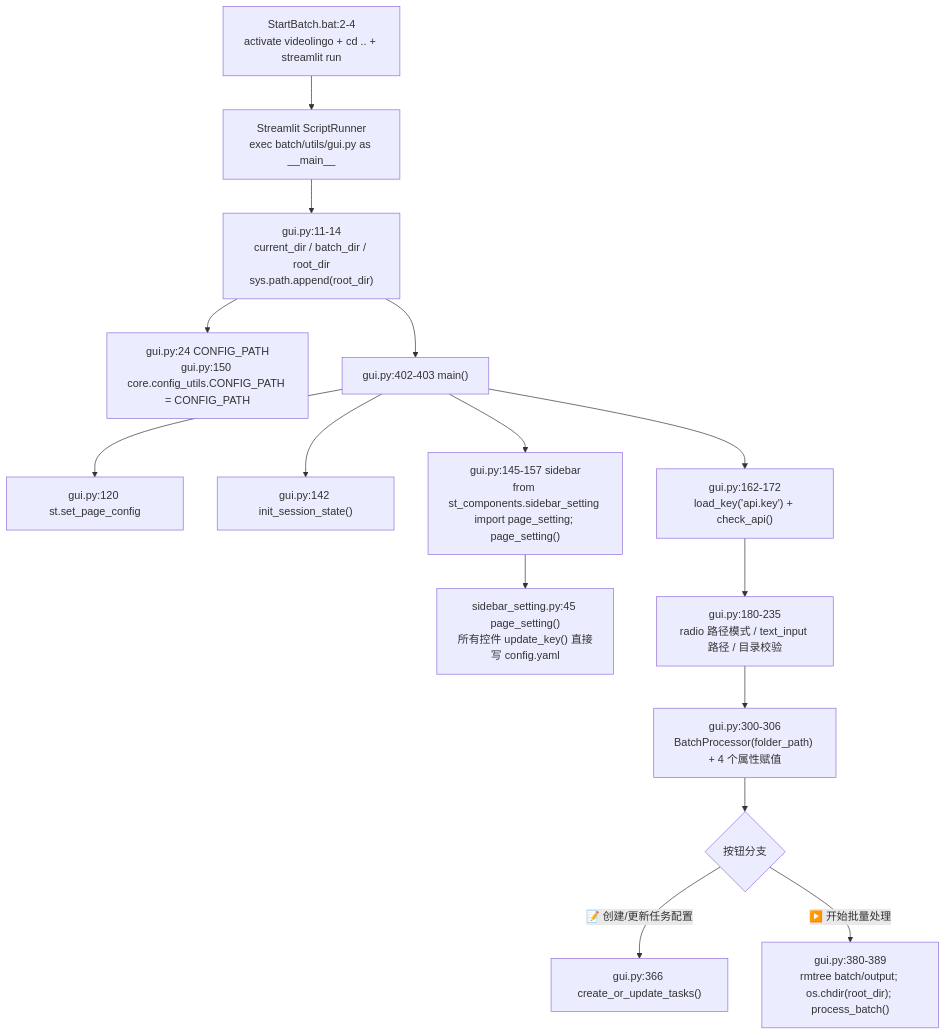
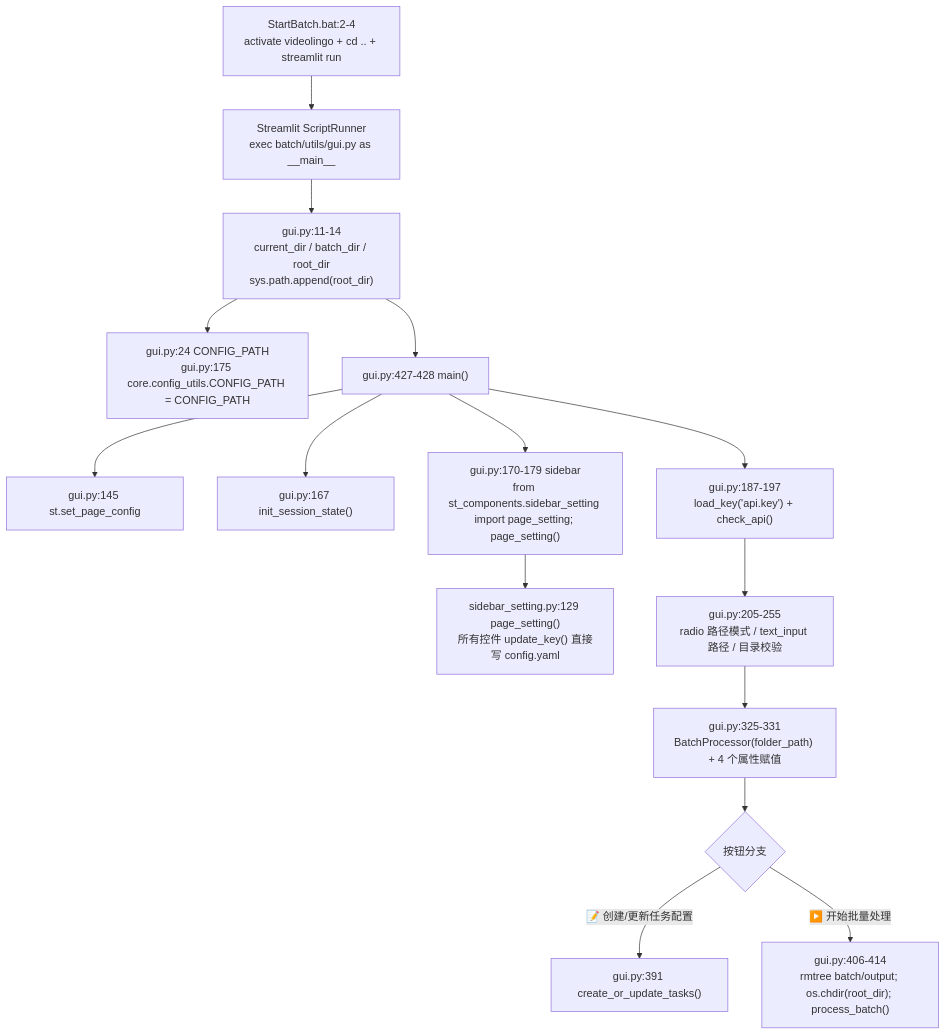
The first of 3 diagrams in devdocs/01-entrypoints/02-批量模式入口.md (Brzjomo/VideoLingoMove), drawn with Mermaid before and after one commit. The commit also changed other lines of this file and 30 other files, not shown here.

````diff
--- a/devdocs/01-entrypoints/02-批量模式入口.md
+++ b/devdocs/01-entrypoints/02-批量模式入口.md
@@ -76,17 +75,17 @@
 ```mermaid
 flowchart TD
     BAT["StartBatch.bat:2-4<br/>activate videolingo + cd .. + streamlit run"] --> RUN["Streamlit ScriptRunner<br/>exec batch/utils/gui.py as __main__"]
     RUN --> P1["gui.py:11-14<br/>current_dir / batch_dir / root_dir<br/>sys.path.append(root_dir)"]
-    P1 --> CFG["gui.py:24 CONFIG_PATH<br/>gui.py:150 core.config_utils.CONFIG_PATH = CONFIG_PATH"]
-    P1 --> M["gui.py:402-403 main()"]
-    M --> S1["gui.py:120 st.set_page_config"]
-    M --> S2["gui.py:142 init_session_state()"]
-    M --> S3["gui.py:145-157 sidebar<br/>from st_components.sidebar_setting import page_setting; page_setting()"]
-    S3 --> S3b["sidebar_setting.py:45 page_setting()<br/>所有控件 update_key() 直接写 config.yaml"]
-    M --> S4["gui.py:162-172<br/>load_key('api.key') + check_api()"]
-    S4 --> S5["gui.py:180-235<br/>radio 路径模式 / text_input 路径 / 目录校验"]
-    S5 --> S6["gui.py:300-306<br/>BatchProcessor(folder_path) + 4 个属性赋值"]
+    P1 --> CFG["gui.py:24 CONFIG_PATH<br/>gui.py:175 core.config_utils.CONFIG_PATH = CONFIG_PATH"]
+    P1 --> M["gui.py:427-428 main()"]
+    M --> S1["gui.py:145 st.set_page_config"]
+    M --> S2["gui.py:167 init_session_state()"]
+    M --> S3["gui.py:170-179 sidebar<br/>from st_components.sidebar_setting import page_setting; page_setting()"]
+    S3 --> S3b["sidebar_setting.py:129 page_setting()<br/>所有控件 update_key() 直接写 config.yaml"]
+    M --> S4["gui.py:187-197<br/>load_key('api.key') + check_api()"]
+    S4 --> S5["gui.py:205-255<br/>radio 路径模式 / text_input 路径 / 目录校验"]
+    S5 --> S6["gui.py:325-331<br/>BatchProcessor(folder_path) + 4 个属性赋值"]
     S6 --> S7{"按钮分支"}
-    S7 -->|"📝 创建/更新任务配置"| B1["gui.py:366 create_or_update_tasks()"]
-    S7 -->|"▶️ 开始批量处理"| B2["gui.py:380-389<br/>rmtree batch/output; os.chdir(root_dir); process_batch()"]
+    S7 -->|"📝 创建/更新任务配置"| B1["gui.py:391 create_or_update_tasks()"]
+    S7 -->|"▶️ 开始批量处理"| B2["gui.py:406-414<br/>rmtree batch/output; os.chdir(root_dir); process_batch()"]
 ```
````
